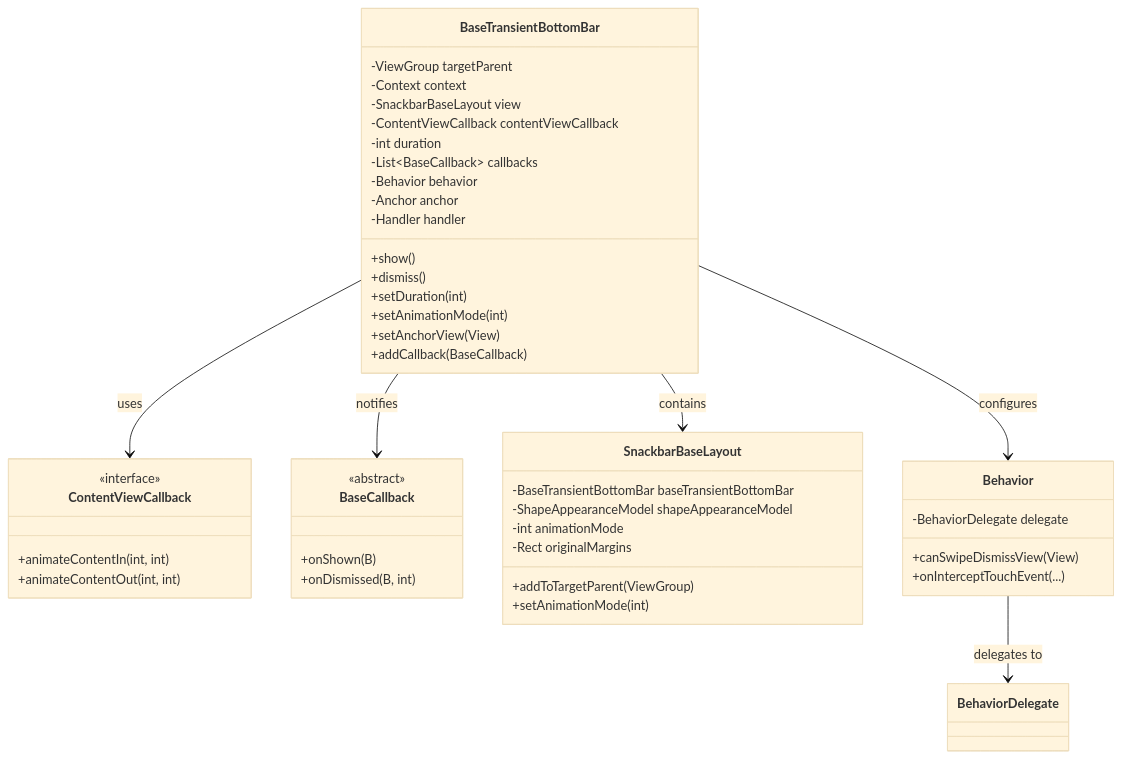
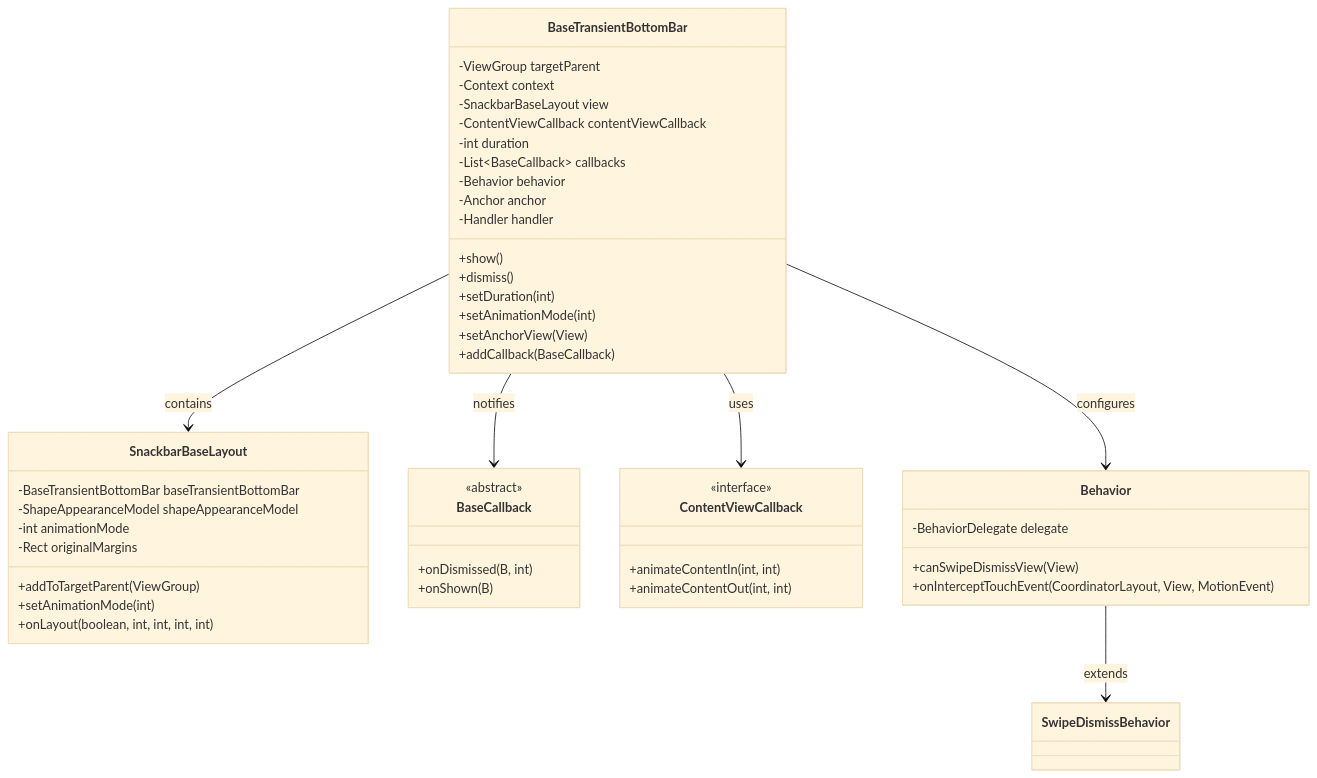
One commit to FSoft-AI4Code/codewiki-demo changed the first of 7 diagrams in docs/material-components--material-components-android-docs/base-transient-bottom-bar.md. Above: the diagram before and after it, drawn with Mermaid (base theme). The commit also changed other lines of this file and 1103 other files, not shown here.

````diff
--- a/docs/material-components--material-components-android-docs/base-transient-bottom-bar.md
+++ b/docs/material-components--material-components-android-docs/base-transient-bottom-bar.md
@@ -11,53 +22,54 @@
 ```mermaid
 classDiagram
     class BaseTransientBottomBar {
         -ViewGroup targetParent
         -Context context
         -SnackbarBaseLayout view
         -ContentViewCallback contentViewCallback
         -int duration
         -List~BaseCallback~ callbacks
         -Behavior behavior
         -Anchor anchor
         -Handler handler
         +show()
         +dismiss()
         +setDuration(int)
         +setAnimationMode(int)
         +setAnchorView(View)
         +addCallback(BaseCallback)
     }
 
-    class ContentViewCallback {
-        <<interface>>
-        +animateContentIn(int, int)
-        +animateContentOut(int, int)
-    }
-
-    class BaseCallback {
-        <<abstract>>
-        +onShown(B)
-        +onDismissed(B, int)
-    }
-
     class SnackbarBaseLayout {
         -BaseTransientBottomBar baseTransientBottomBar
         -ShapeAppearanceModel shapeAppearanceModel
         -int animationMode
         -Rect originalMargins
         +addToTargetParent(ViewGroup)
         +setAnimationMode(int)
+        +onLayout(boolean, int, int, int, int)
+    }
+
+    class BaseCallback {
+        <<abstract>>
+        +onDismissed(B, int)
+        +onShown(B)
+    }
+
+    class ContentViewCallback {
+        <<interface>>
+        +animateContentIn(int, int)
+        +animateContentOut(int, int)
     }
 
     class Behavior {
         -BehaviorDelegate delegate
         +canSwipeDismissView(View)
-        +onInterceptTouchEvent(...)
+        +onInterceptTouchEvent(CoordinatorLayout, View, MotionEvent)
     }
 
+    BaseTransientBottomBar --> SnackbarBaseLayout : contains
     BaseTransientBottomBar --> ContentViewCallback : uses
     BaseTransientBottomBar --> BaseCallback : notifies
-    BaseTransientBottomBar --> SnackbarBaseLayout : contains
     BaseTransientBottomBar --> Behavior : configures
-    Behavior --> BehaviorDelegate : delegates to
+    Behavior --> SwipeDismissBehavior : extends
 ```
````
